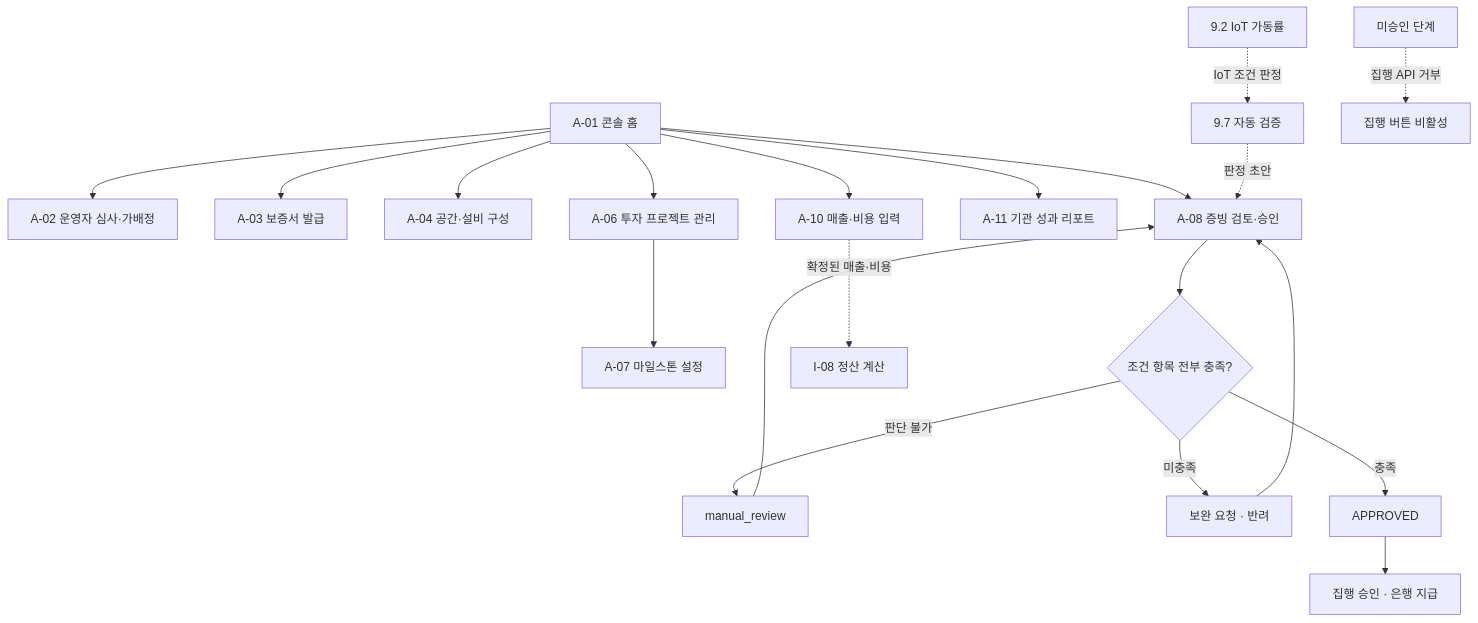
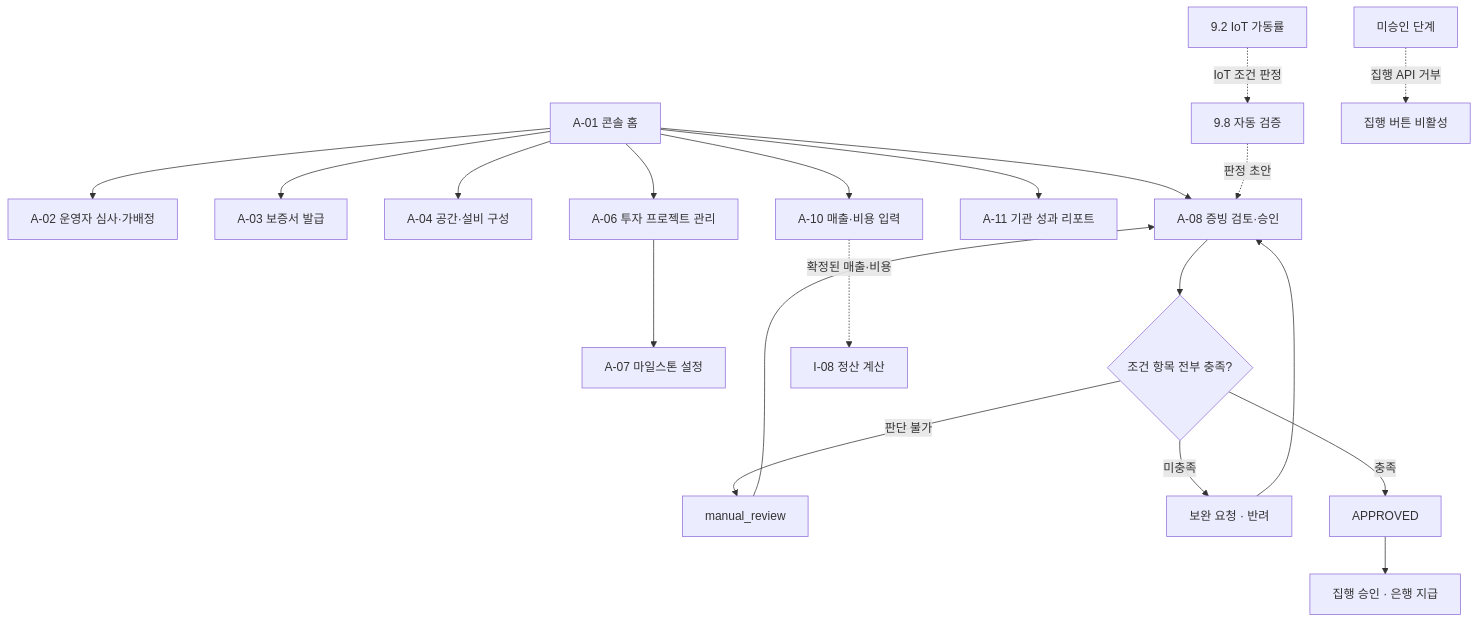
Before and after one commit to taejeong0416/farmfi: the fourth of 4 diagrams in docs/feature-spec.md, drawn with Mermaid. The commit also changed other lines of this file and 4 other files, not shown here.

````diff
--- a/docs/feature-spec.md
+++ b/docs/feature-spec.md
@@ -256,22 +256,22 @@
 ```mermaid
 flowchart TD
   A01["A-01 콘솔 홈"] --> A02["A-02 운영자 심사·가배정"]
   A01 --> A03["A-03 보증서 발급"]
   A01 --> A04["A-04 공간·설비 구성"]
   A01 --> A06["A-06 투자 프로젝트 관리"]
   A06 --> A07["A-07 마일스톤 설정"]
   A01 --> A10["A-10 매출·비용 입력"]
   A01 --> A11["A-11 기관 성과 리포트"]
   A01 --> A08["A-08 증빙 검토·승인"]
-  AUTO["9.7 자동 검증"] -.->|판정 초안| A08
+  AUTO["9.8 자동 검증"] -.->|판정 초안| A08
   IOT["9.2 IoT 가동률"] -.->|IoT 조건 판정| AUTO
   A08 --> Q1{"조건 항목 전부 충족?"}
   Q1 -->|판단 불가| MR["manual_review"]
   MR --> A08
   Q1 -->|미충족| REV["보완 요청 · 반려"]
   REV --> A08
   Q1 -->|충족| APP["APPROVED"]
   APP --> EXEC["집행 승인 · 은행 지급"]
   A10 -.->|확정된 매출·비용| SET["I-08 정산 계산"]
   NOAPP["미승인 단계"] -.->|집행 API 거부| BLOCK["집행 버튼 비활성"]
 ```
````
